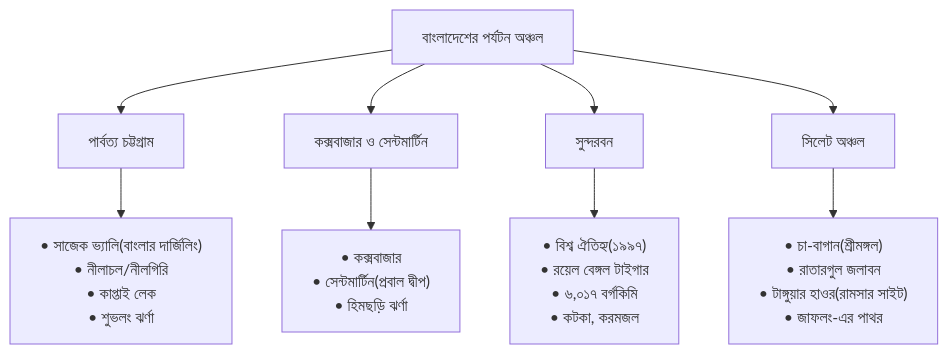
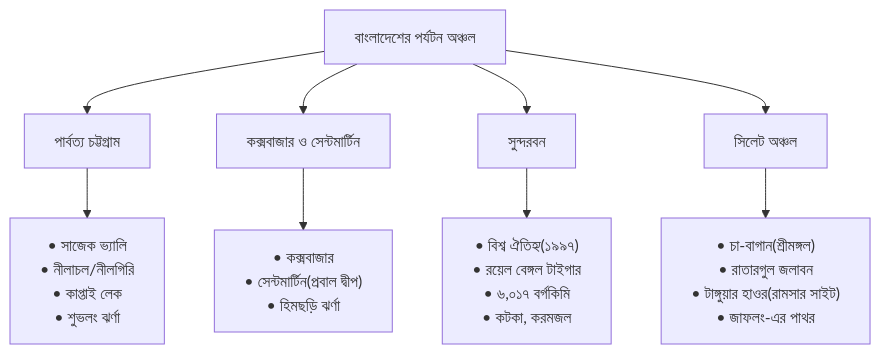
Before and after one commit to hasibulhasan1542/Obsidian: the first of 22 diagrams in Bangla/রচনা.md, drawn with Mermaid. The commit also changed other lines of this file and 1 other file, not shown here.

````diff
--- a/Bangla/রচনা.md
+++ b/Bangla/রচনা.md
@@ -39,16 +39,16 @@
 ```mermaid
 flowchart TD
     BD[বাংলাদেশের পর্যটন অঞ্চল] --> P[পার্বত্য চট্টগ্রাম]
     BD --> K[কক্সবাজার ও সেন্টমার্টিন]
     BD --> S[সুন্দরবন]
     BD --> H[সিলেট অঞ্চল]
 
-    P --> P1["• সাজেক ভ্যালি(বাংলার দার্জিলিং)<br>• নীলাচল/নীলগিরি<br>• কাপ্তাই লেক<br>• শুভলং ঝর্ণা"]
+    P --> P1["• সাজেক ভ্যালি<br>• নীলাচল/নীলগিরি<br>• কাপ্তাই লেক<br>• শুভলং ঝর্ণা"]
 
     K --> K1["• কক্সবাজার<br>• সেন্টমার্টিন(প্রবাল দ্বীপ)<br>• হিমছড়ি ঝর্ণা"]
 
     S --> S1["• বিশ্ব ঐতিহ্য(১৯৯৭)<br>• রয়েল বেঙ্গল টাইগার<br>• ৬,০১৭ বর্গকিমি<br>• কটকা, করমজল"]
 
     H --> H1["• চা-বাগান(শ্রীমঙ্গল)<br>• রাতারগুল জলাবন<br>• টাঙ্গুয়ার হাওর(রামসার সাইট)<br>• জাফলং-এর পাথর"]
 
 ```
````
